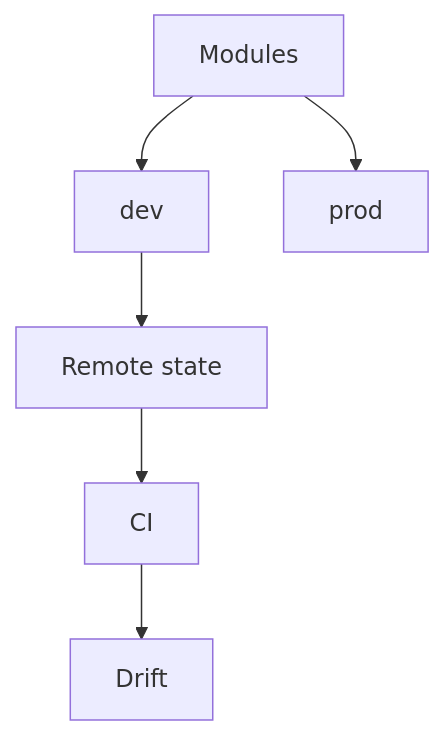
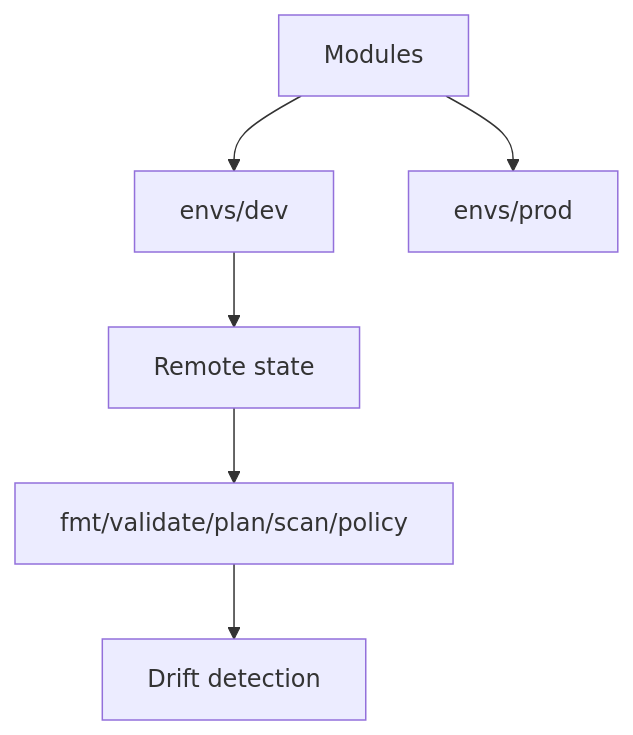
The diagram in README.md (navin-kumar10/terraform-opentofu-automation), drawn with Mermaid before and after one commit. The commit also changed other lines of this file, not shown here.

Commit message:
docs: expand README to end-to-end realtime setup - clone, local run, auth, vars, plan/apply, deploy, verify, CI/CD, ops, teardown, troubleshooting

````diff
--- a/README.md
+++ b/README.md
@@ -11,6 +21,8 @@
 ```mermaid
 flowchart TB
-  Mods[Modules] --> Dev[dev]
-  Mods --> Prod[prod]
-  Dev --> State[Remote state] --> CI --> Drift
+  Mods[Modules] --> Dev[envs/dev]
+  Mods --> Prod[envs/prod]
+  Dev --> State[Remote state]
+  State --> CI[fmt/validate/plan/scan/policy]
+  CI --> Drift[Drift detection]
 ```
````
